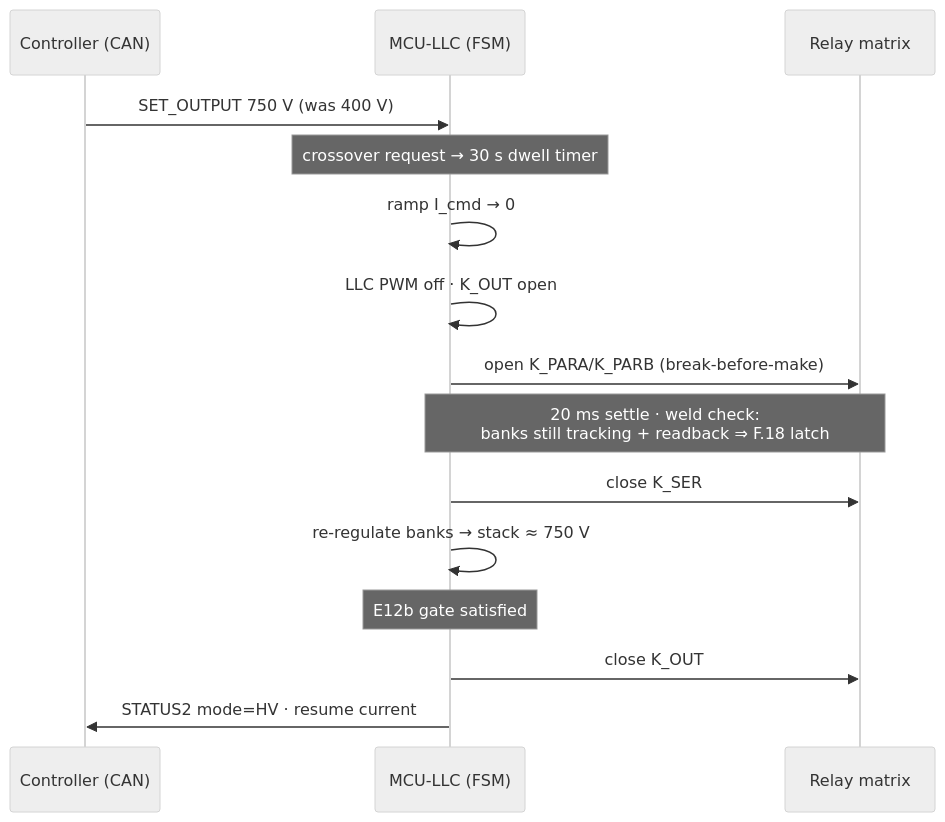
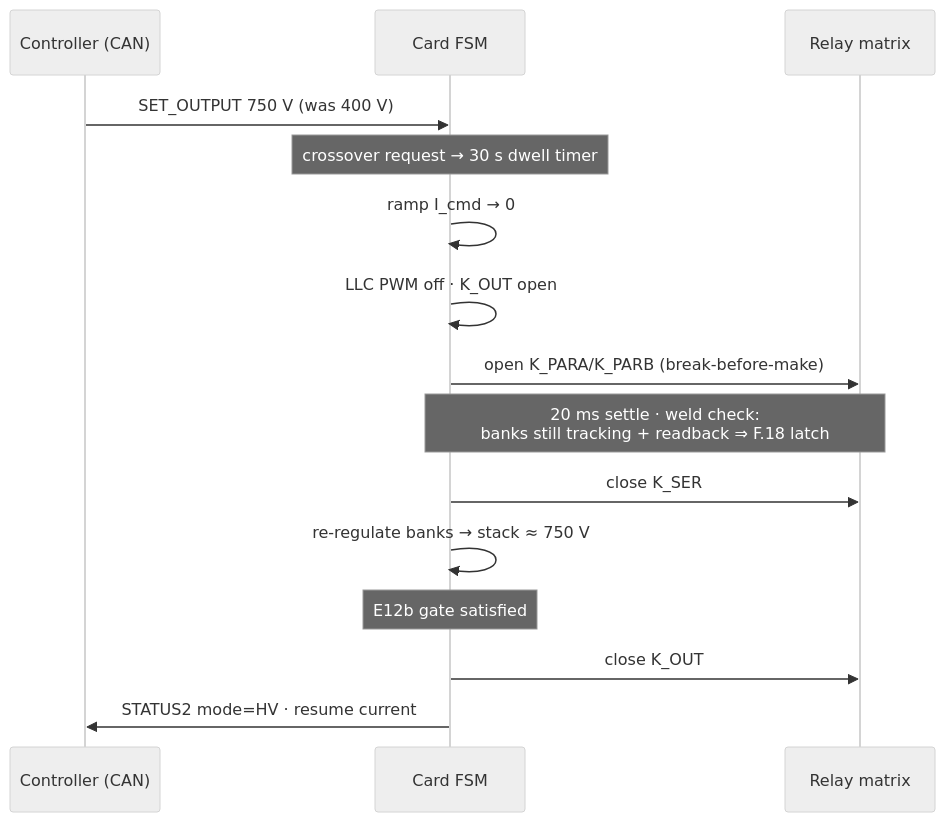
The second of 2 diagrams in docs/firmware-guide.md (vectivolt/DC-Modules), drawn with Mermaid (neutral theme) before and after one commit. The commit also changed other lines of this file and 28 other files, not shown here.

````diff
--- a/docs/firmware-guide.md
+++ b/docs/firmware-guide.md
@@ -59,17 +60,17 @@
 ```mermaid
 sequenceDiagram
   participant CAN as Controller (CAN)
-  participant LLC as MCU-LLC (FSM)
+  participant LLC as Card FSM
   participant K as Relay matrix
   CAN->>LLC: SET_OUTPUT 750 V (was 400 V)
   Note over LLC: crossover request → 30 s dwell timer
   LLC->>LLC: ramp I_cmd → 0
   LLC->>LLC: LLC PWM off · K_OUT open
   LLC->>K: open K_PARA/K_PARB (break-before-make)
   Note over LLC,K: 20 ms settle · weld check:<br/>banks still tracking + readback ⇒ F.18 latch
   LLC->>K: close K_SER
   LLC->>LLC: re-regulate banks → stack ≈ 750 V
   Note over LLC: E12b gate satisfied
   LLC->>K: close K_OUT
   LLC->>CAN: STATUS2 mode=HV · resume current
 ```
````
